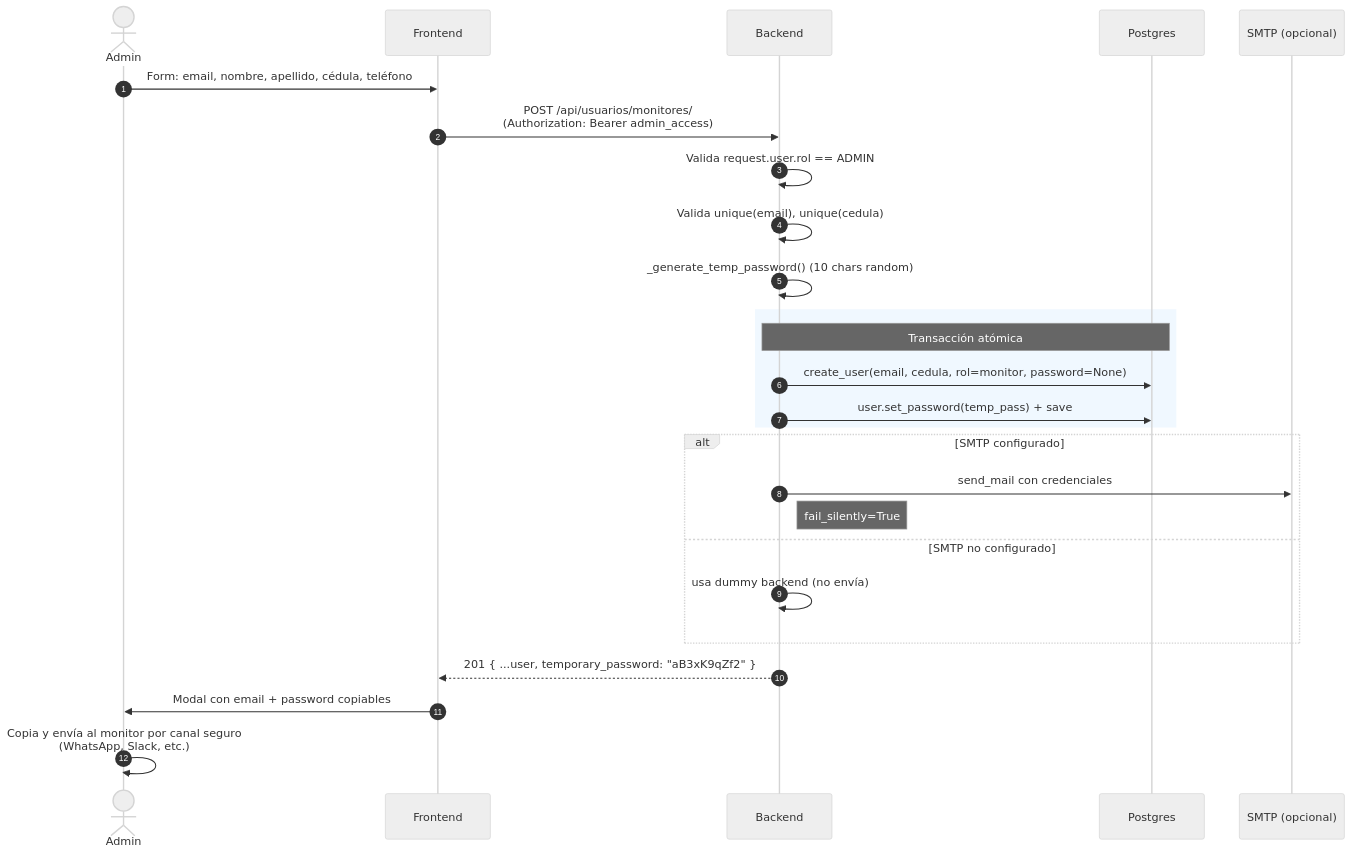
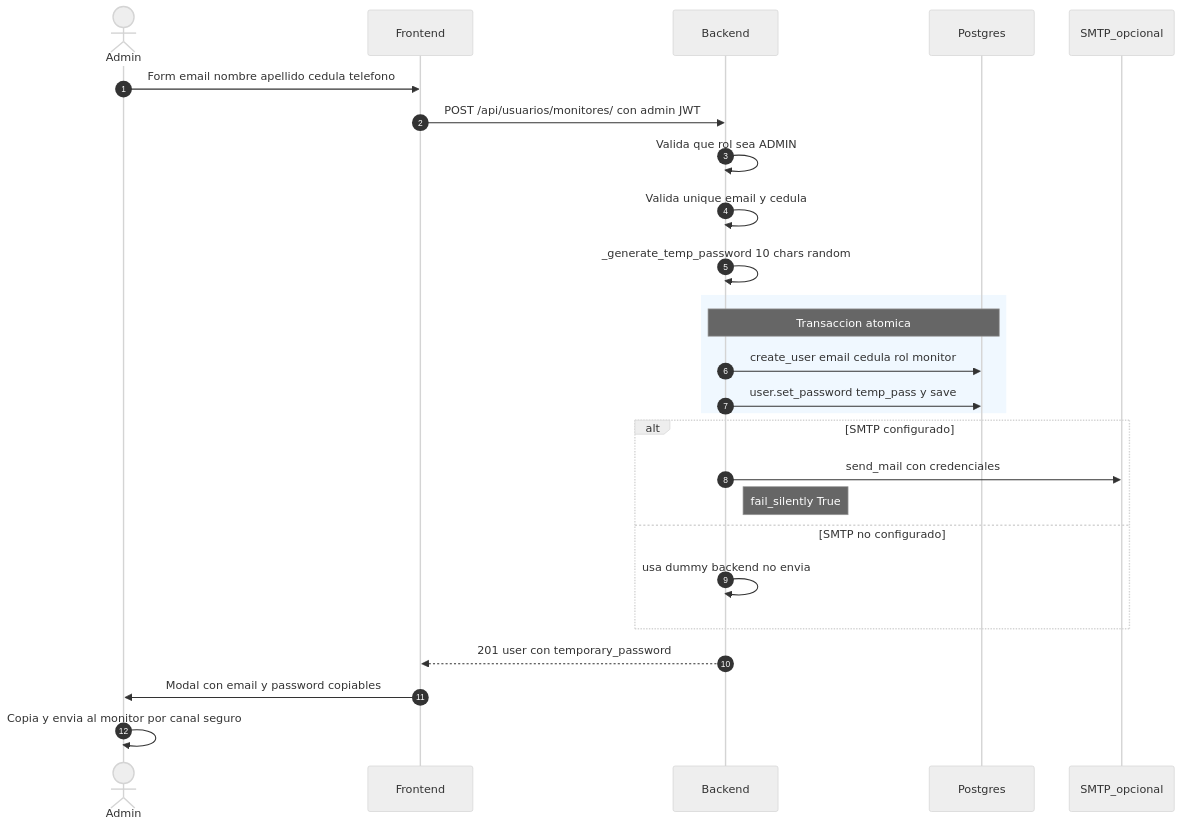
The fifth of 10 diagrams in README.md (FilipaoVfx/Sistema-de-gestion-de-monitores), drawn with Mermaid (neutral theme) before and after one commit. The commit also changed other lines of this file, not shown here.

Commit message:
docs(readme): sanitiza diagramas Mermaid para GitHub renderer

````diff
--- a/README.md
+++ b/README.md
@@ -427,32 +427,32 @@
 ```mermaid
 sequenceDiagram
     autonumber
     actor A as Admin
     participant F as Frontend
     participant B as Backend
     participant DB as Postgres
-    participant SMTP as SMTP (opcional)
+    participant SMTP as SMTP_opcional
 
-    A->>F: Form: email, nombre, apellido, cédula, teléfono
-    F->>B: POST /api/usuarios/monitores/<br/>(Authorization: Bearer admin_access)
-    B->>B: Valida request.user.rol == ADMIN
-    B->>B: Valida unique(email), unique(cedula)
-    B->>B: _generate_temp_password() (10 chars random)
+    A->>F: Form email nombre apellido cedula telefono
+    F->>B: POST /api/usuarios/monitores/ con admin JWT
+    B->>B: Valida que rol sea ADMIN
+    B->>B: Valida unique email y cedula
+    B->>B: _generate_temp_password 10 chars random
 
     rect rgb(240, 248, 255)
-        Note over B,DB: Transacción atómica
-        B->>DB: create_user(email, cedula, rol=monitor, password=None)
-        B->>DB: user.set_password(temp_pass) + save
+        Note over B,DB: Transaccion atomica
+        B->>DB: create_user email cedula rol monitor
+        B->>DB: user.set_password temp_pass y save
     end
 
     alt SMTP configurado
         B->>SMTP: send_mail con credenciales
-        Note right of B: fail_silently=True
+        Note right of B: fail_silently True
     else SMTP no configurado
-        B->>B: usa dummy backend (no envía)
+        B->>B: usa dummy backend no envia
     end
 
-    B-->>F: 201 { ...user, temporary_password: "aB3xK9qZf2" }
-    F->>A: Modal con email + password copiables
-    A->>A: Copia y envía al monitor por canal seguro<br/>(WhatsApp, Slack, etc.)
+    B-->>F: 201 user con temporary_password
+    F->>A: Modal con email y password copiables
+    A->>A: Copia y envia al monitor por canal seguro
 ```
````
